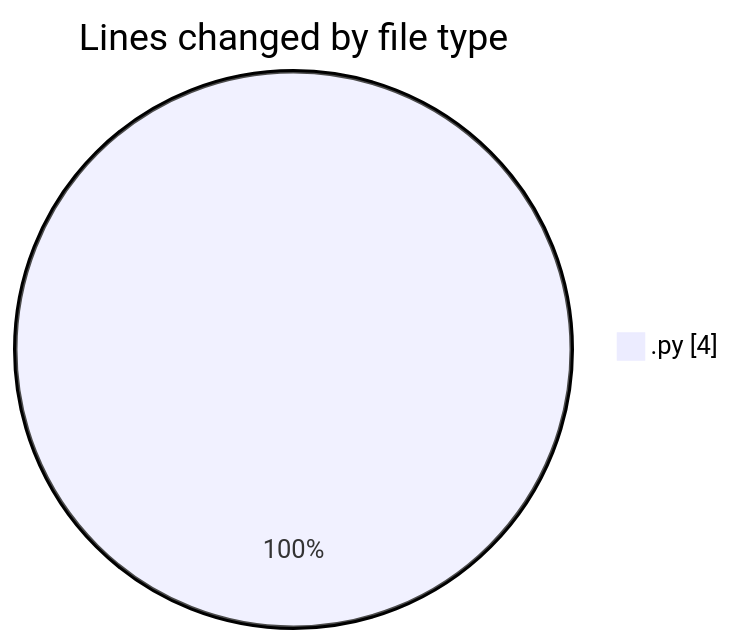
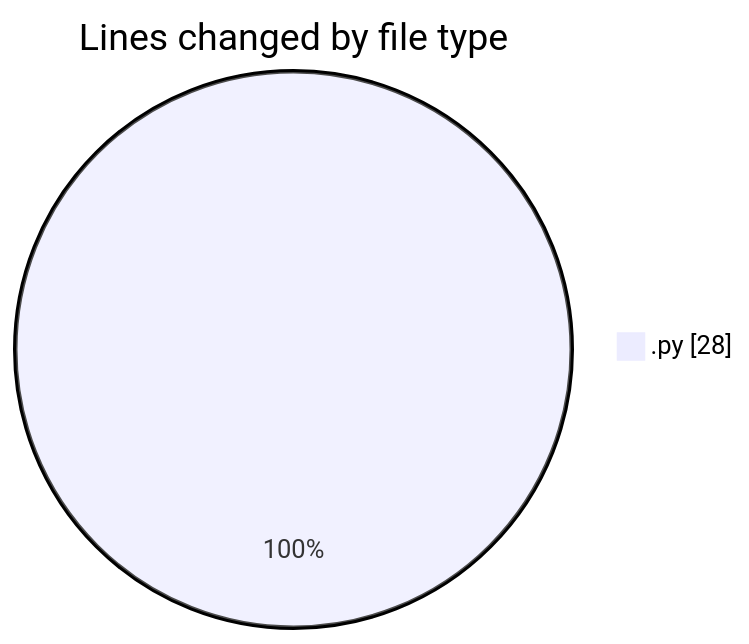
The first of 2 diagrams in 2025-07-03/cursor/README.md (FelipKnott/code-tracking), drawn with Mermaid before and after one commit. The commit also changed other lines of this file and 1 other file, not shown here.

````diff
--- a/2025-07-03/cursor/README.md
+++ b/2025-07-03/cursor/README.md
@@ -20,5 +20,5 @@
 ```mermaid
 pie showData
 title Lines changed by file type
-".py" : 4
+".py" : 28
 ```
````
